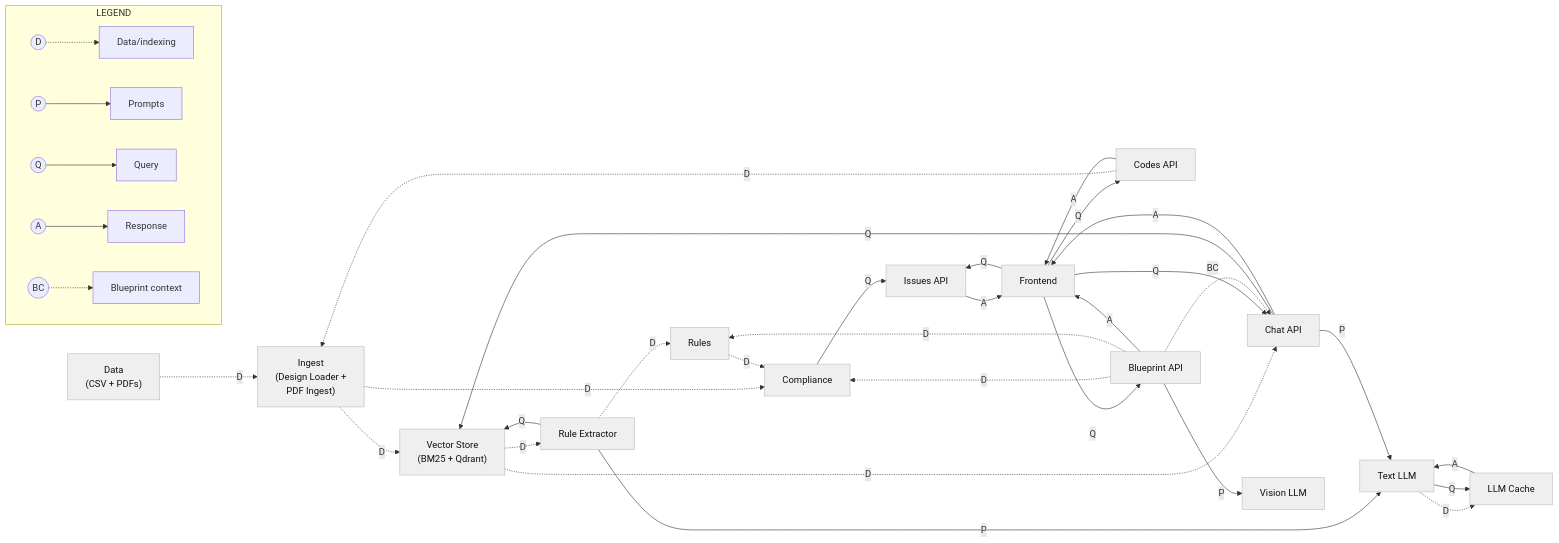
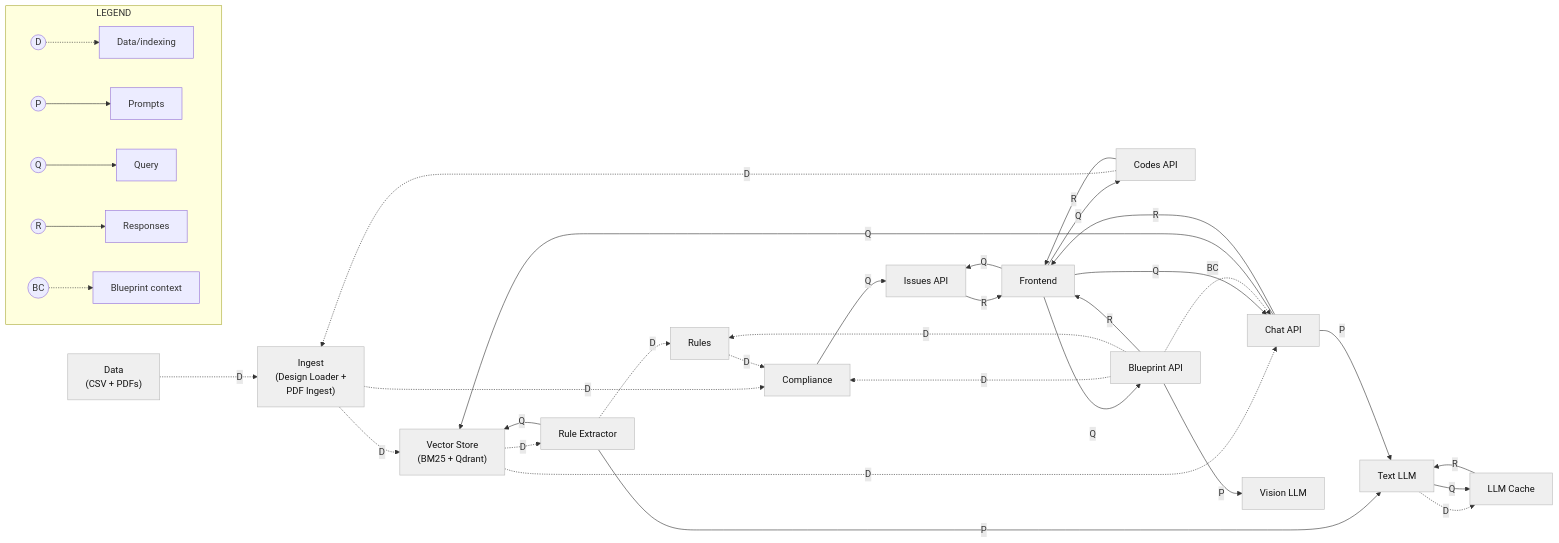
Before and after one commit to mjoshua97241/space-code-copilot: the second of 2 diagrams in docs/architecture-diagram.md, drawn with Mermaid. The commit also changed other lines of this file, not shown here.

````diff
--- a/docs/architecture-diagram.md
+++ b/docs/architecture-diagram.md
@@ -158,71 +158,71 @@
 ```mermaid
 flowchart LR
   %% ---------- Simplified nodes ----------
   DATA["Data\n(CSV + PDFs)"]
   INGEST["Ingest\n(Design Loader +\nPDF Ingest)"]
   VDB2["Vector Store\n(BM25 + Qdrant)"]
   RULES2["Rules"]
   COMP2["Compliance"]
   RULEX2["Rule Extractor"]
   CHATAPI2["Chat API"]
   CODESAPI2["Codes API"]
   BLUEPRINTAPI2["Blueprint API"]
   ISSUESAPI2["Issues API"]
   FRONT2["Frontend"]
   LLM2["Text LLM"]
   VLM2["Vision LLM"]
   CACHE2["LLM Cache"]
 
   %% ---------- Data/indexing (D) ----------
   DATA -.->|D| INGEST
   INGEST -.->|D| VDB2
   INGEST -.->|D| COMP2
   VDB2 -.->|D| RULEX2
   VDB2 -.->|D| CHATAPI2
   RULEX2 -.->|D| RULES2
   RULES2 -.->|D| COMP2
   CODESAPI2 -.->|D| INGEST
   BLUEPRINTAPI2 -.->|D| COMP2
   BLUEPRINTAPI2 -.->|D| RULES2
 
   %% ---------- Prompts (P) ----------
   RULEX2 -->|P| LLM2
   CHATAPI2 -->|P| LLM2
   BLUEPRINTAPI2 -->|P| VLM2
 
   %% ---------- Query / retrieval (Q) ----------
   CHATAPI2 -->|Q| VDB2
   RULEX2 -->|Q| VDB2
 
-  %% ---------- User request/response (Q/A) ----------
+  %% ---------- User request/response (Q/R) ----------
   FRONT2 -->|Q| CHATAPI2
   FRONT2 -->|Q| CODESAPI2
   FRONT2 -->|Q| BLUEPRINTAPI2
   FRONT2 -->|Q| ISSUESAPI2
   COMP2 -->|Q| ISSUESAPI2
-  ISSUESAPI2 -->|A| FRONT2
-  CHATAPI2 -->|A| FRONT2
-  CODESAPI2 -->|A| FRONT2
-  BLUEPRINTAPI2 -->|A| FRONT2
+  ISSUESAPI2 -->|R| FRONT2
+  CHATAPI2 -->|R| FRONT2
+  CODESAPI2 -->|R| FRONT2
+  BLUEPRINTAPI2 -->|R| FRONT2
 
   %% ---------- Blueprint context (BC) ----------
   BLUEPRINTAPI2 -.->|BC| CHATAPI2
 
-  %% ---------- LLM ↔ Cache (D/Q/A) ----------
+  %% ---------- LLM ↔ Cache (D/Q/R) ----------
   LLM2 -.->|D| CACHE2
   LLM2 -->|Q| CACHE2
-  CACHE2 -->|A| LLM2
+  CACHE2 -->|R| LLM2
 
   %% ---------- Legend ----------
   subgraph LEGEND2["LEGEND"]
     direction LR
     L1((D)) -.-> T1["Data/indexing"]
     L2((P)) --> T2["Prompts"]
     L3((Q)) --> T3["Query"]
-    L4((A)) --> T4["Response"]
+    L4((R)) --> T4["Responses"]
     L5((BC)) -.-> T5["Blueprint context"]
   end
 
   classDef box fill:#efefef,stroke:#bbb,stroke-width:1px,color:#111;
   class DATA,INGEST,VDB2,RULES2,COMP2,RULEX2,CHATAPI2,CODESAPI2,BLUEPRINTAPI2,ISSUESAPI2,FRONT2,LLM2,VLM2,CACHE2 box;
 ```
````
